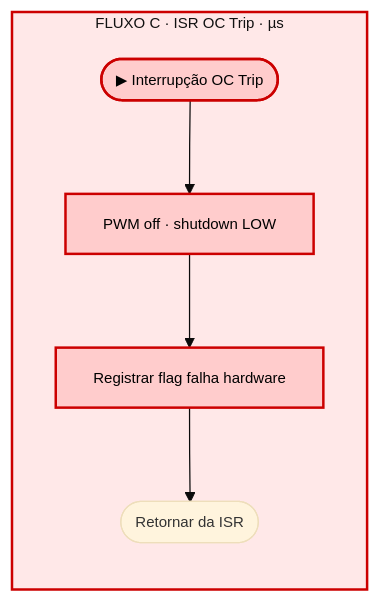
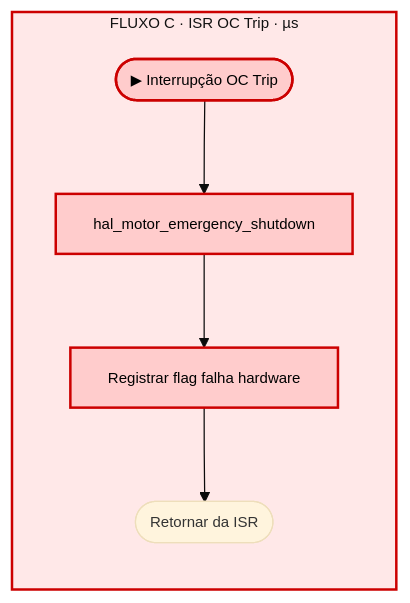
Before and after one commit to enzolfernandes/esp32-bldc-esc: the diagram in Firmware/docs/fluxogramas/fluxograma1_documentacao_fluxo_C.mmd, drawn with Mermaid. The commit also changed 50 other files, not shown here.

```diff
--- a/Firmware/docs/fluxogramas/fluxograma1_documentacao_fluxo_C.mmd
+++ b/Firmware/docs/fluxogramas/fluxograma1_documentacao_fluxo_C.mmd
@@ -1,27 +1,27 @@
 ---
 config:
   theme: base
   themeVariables:
     fontSize: 12px
     fontFamily: Arial, Helvetica, sans-serif
   layout: dagre
 ---
 flowchart TB
 
     subgraph FC["FLUXO C · ISR OC Trip · µs"]
         direction TB
 
         CSTART(["▶ Interrupção OC Trip"])
 
-        P50["PWM off · shutdown LOW"]
+        P50["hal_motor_emergency_shutdown"]
         P52["Registrar flag falha hardware"]
         END_ISR(["Retornar da ISR"])
 
         CSTART --> P50 --> P52 --> END_ISR
     end
 
     classDef faultSt fill:#FFCCCC,stroke:#CC0000,stroke-width:2px,color:#000
 
     class CSTART,P50,P52 faultSt
 
     style FC fill:#FFE8E8,stroke:#CC0000,stroke-width:2px,color:#111111
```
